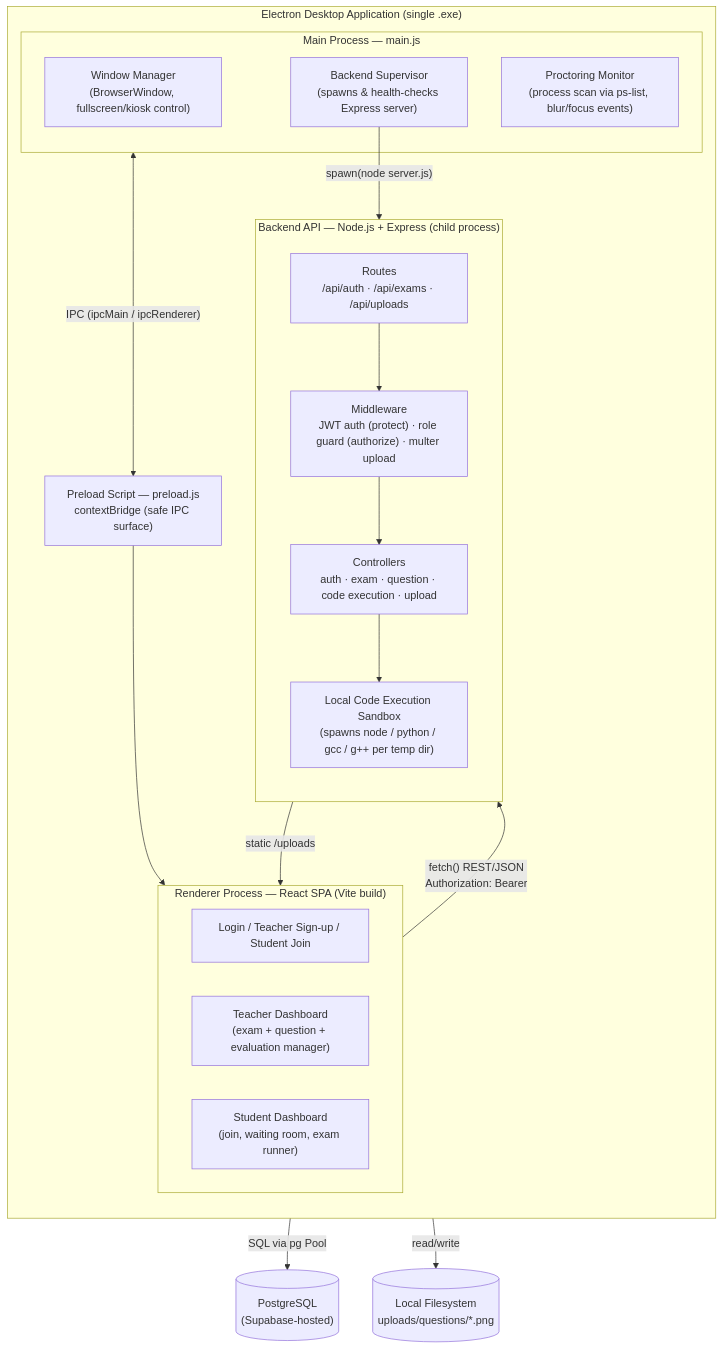
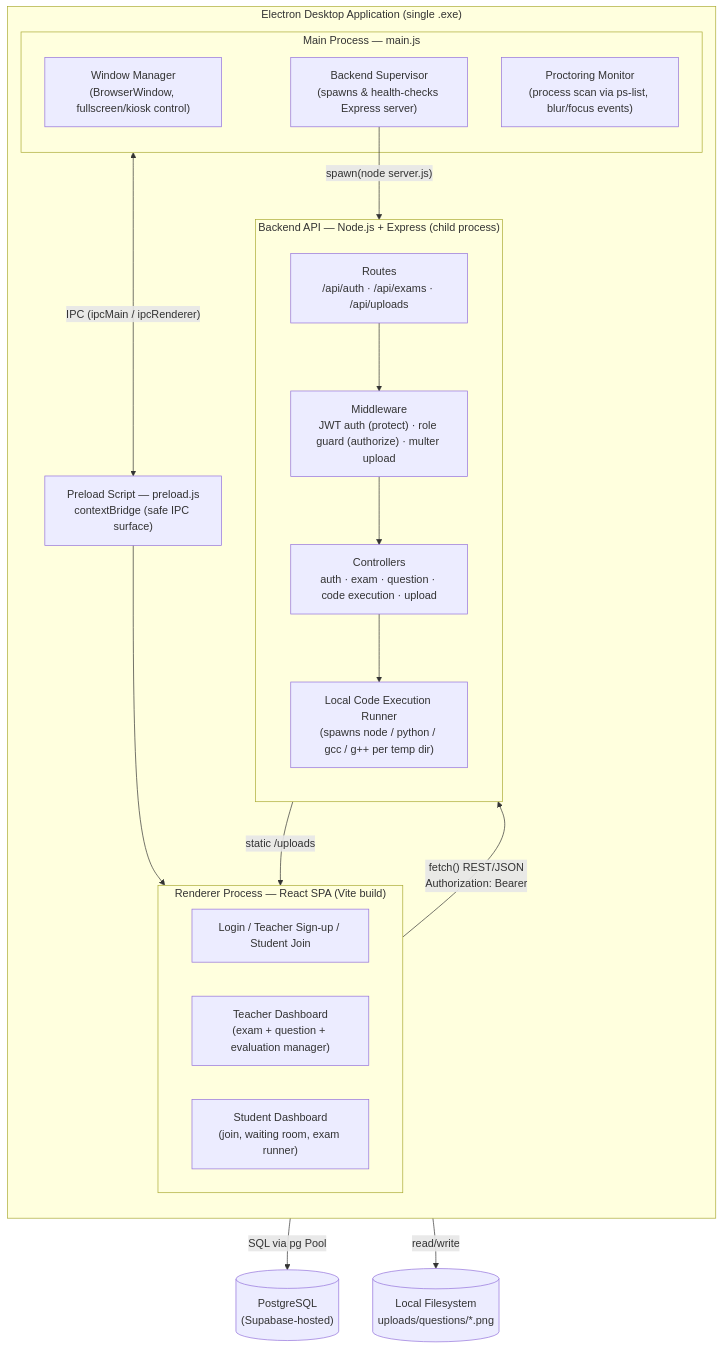
Before and after one commit to Nafiz001/secure-exam-desktop-app: the first of 2 diagrams in README.md, drawn with Mermaid. The commit also changed other lines of this file and 9 other files, not shown here.

````diff
--- a/README.md
+++ b/README.md
@@ -51,42 +51,42 @@
 ```mermaid
 flowchart TB
     subgraph Desktop["Electron Desktop Application (single .exe)"]
         direction TB
 
         subgraph MainProc["Main Process — main.js"]
             WM["Window Manager<br/>(BrowserWindow, fullscreen/kiosk control)"]
             Proctor["Proctoring Monitor<br/>(process scan via ps-list, blur/focus events)"]
             Spawner["Backend Supervisor<br/>(spawns & health-checks Express server)"]
         end
 
         Preload["Preload Script — preload.js<br/>contextBridge (safe IPC surface)"]
 
         subgraph RendererProc["Renderer Process — React SPA (Vite build)"]
             LoginPg["Login / Teacher Sign-up / Student Join"]
             TeacherUI["Teacher Dashboard<br/>(exam + question + evaluation manager)"]
             StudentUI["Student Dashboard<br/>(join, waiting room, exam runner)"]
         end
 
         MainProc <-- "IPC (ipcMain / ipcRenderer)" --> Preload
         Preload --> RendererProc
         Spawner -- "spawn(node server.js)" --> Backend
     end
 
     subgraph Backend["Backend API — Node.js + Express (child process)"]
         direction TB
         Routes["Routes<br/>/api/auth · /api/exams · /api/uploads"]
         MW["Middleware<br/>JWT auth (protect) · role guard (authorize) · multer upload"]
         Ctrl["Controllers<br/>auth · exam · question · code execution · upload"]
-        Exec["Local Code Execution Sandbox<br/>(spawns node / python / gcc / g++ per temp dir)"]
+        Exec["Local Code Execution Runner<br/>(spawns node / python / gcc / g++ per temp dir)"]
         Routes --> MW --> Ctrl
         Ctrl --> Exec
     end
 
     DB[("PostgreSQL<br/>(Supabase-hosted)")]
     FS[("Local Filesystem<br/>uploads/questions/*.png")]
 
     RendererProc -- "fetch() REST/JSON<br/>Authorization: Bearer <JWT>" --> Routes
     Ctrl -- "SQL via pg Pool" --> DB
     Ctrl -- "read/write" --> FS
     Routes -- "static /uploads" --> RendererProc
 ```
````
